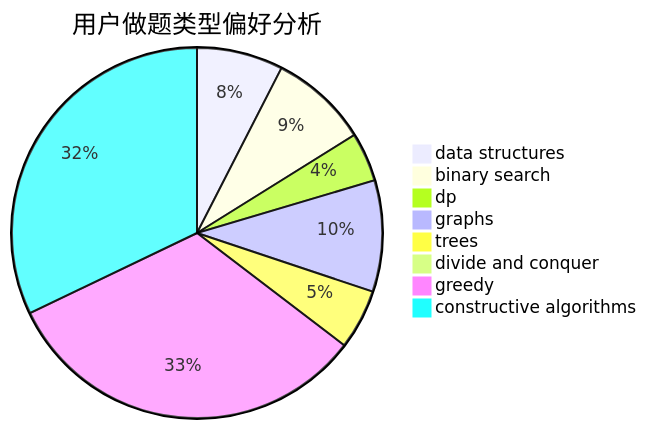
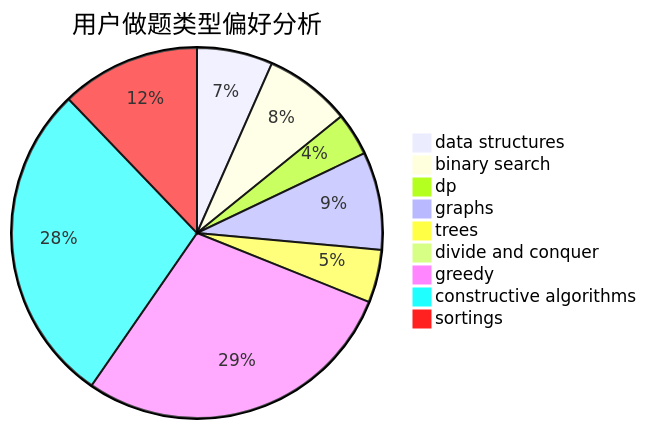
The second of 3 diagrams in docs/user/u64.md (sherpahu/cfrs.github.io), drawn with Mermaid before and after one commit. The commit also changed other lines of this file and 2769 other files, not shown here.

````diff
--- a/docs/user/u64.md
+++ b/docs/user/u64.md
@@ -23,11 +18,12 @@
 ```mermaid
 pie title 用户做题类型偏好分析
     "data structures" :  155
     "binary search" :  177
     "dp" :  88
     "graphs" :  200
     "trees" :  108
     "divide and conquer" :  0
     "greedy" :  669
     "constructive algorithms" :  661
+    "sortings" :  285
 ```
````
